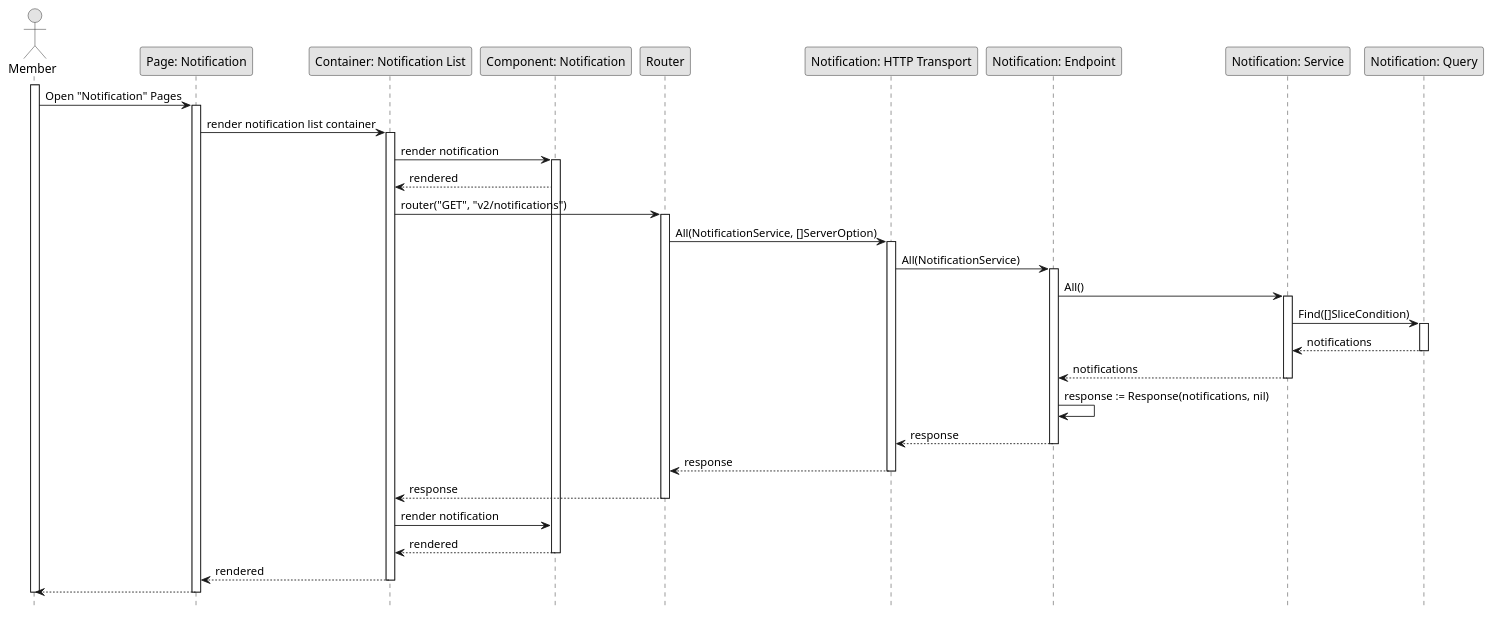
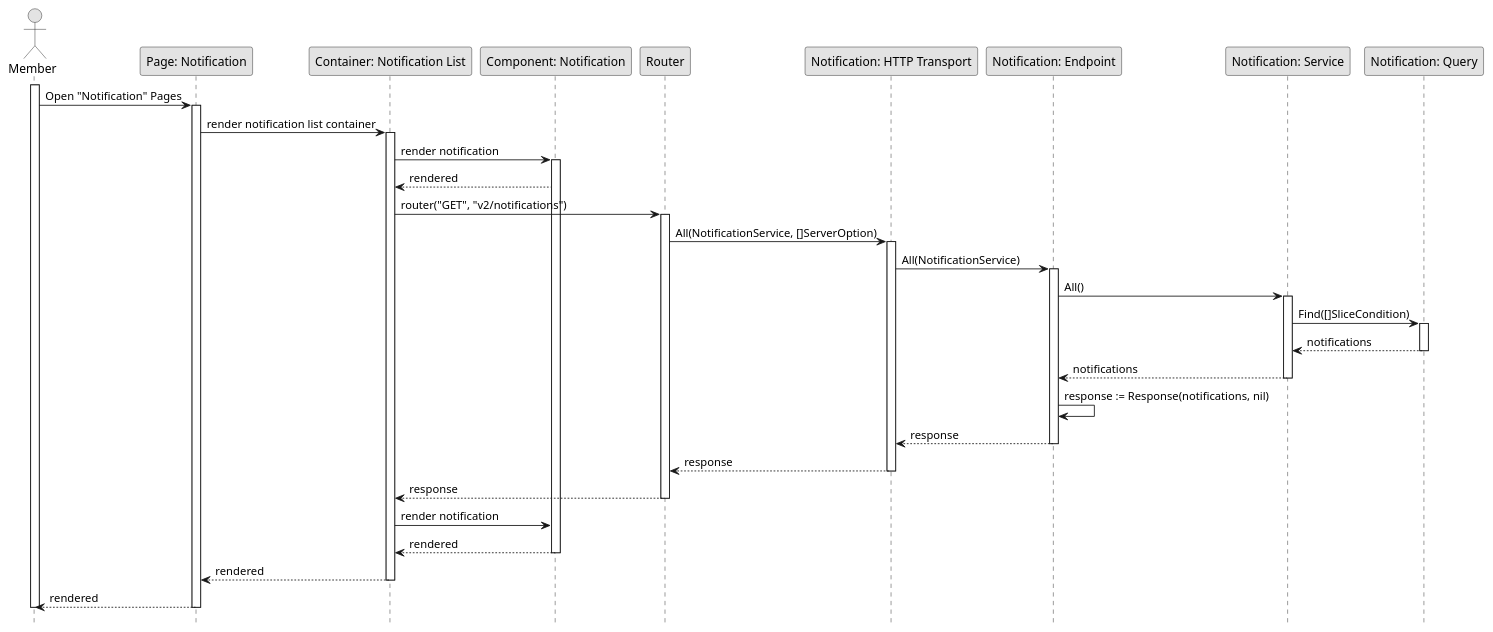
Before and after one commit to fwidjaya20/fazzlearning-uml: the diagram in Sequence/Release04/GetNotification.wsd, drawn with PlantUML. The commit also changed 13 other files, not shown here.

Commit message:
fix(sequence): adding return wording

```diff
--- a/Sequence/Release04/GetNotification.wsd
+++ b/Sequence/Release04/GetNotification.wsd
@@ -1,57 +1,57 @@
 @startuml GetNotification
 
 skinparam Monochrome true
 skinparam Shadowing false
 hide footbox
 
 actor Member
 participant "Page: Notification" as NotificationPage
 participant "Container: Notification List" as NotificationListContainer
 participant "Component: Notification" as NotificationComponent
 participant "Router" as Router
 participant "Notification: HTTP Transport" as NotificationHTTPTransport
 participant "Notification: Endpoint" as NotificationEndpoint
 participant "Notification: Service" as NotificationService
 participant "Notification: Query" as NotificationQuery
 
 activate Member
 
 Member->NotificationPage: Open "Notification" Pages
 activate NotificationPage
 NotificationPage->NotificationListContainer: render notification list container
 activate NotificationListContainer
 NotificationListContainer->NotificationComponent: render notification
 activate NotificationComponent
 NotificationComponent-->NotificationListContainer: rendered
 NotificationListContainer->Router: router("GET", "v2/notifications")
 activate Router
 Router->NotificationHTTPTransport: All(NotificationService, []ServerOption)
 activate NotificationHTTPTransport
 NotificationHTTPTransport->NotificationEndpoint: All(NotificationService)
 activate NotificationEndpoint
 NotificationEndpoint->NotificationService: All()
 activate NotificationService
 NotificationService->NotificationQuery: Find([]SliceCondition)
 activate NotificationQuery
 NotificationQuery-->NotificationService: notifications
 deactivate NotificationQuery
 NotificationService-->NotificationEndpoint: notifications
 deactivate NotificationService
 NotificationEndpoint->NotificationEndpoint: response := Response(notifications, nil)
 NotificationEndpoint-->NotificationHTTPTransport: response
 deactivate NotificationEndpoint
 NotificationHTTPTransport-->Router: response
 deactivate NotificationHTTPTransport
 Router-->NotificationListContainer: response
 deactivate Router
 NotificationListContainer->NotificationComponent: render notification
 NotificationComponent-->NotificationListContainer: rendered
 deactivate NotificationComponent
 NotificationListContainer-->NotificationPage: rendered
 deactivate NotificationListContainer
-NotificationPage-->Member
+NotificationPage-->Member: rendered
 deactivate NotificationPage
 
 deactivate Member
 
 @enduml
```
